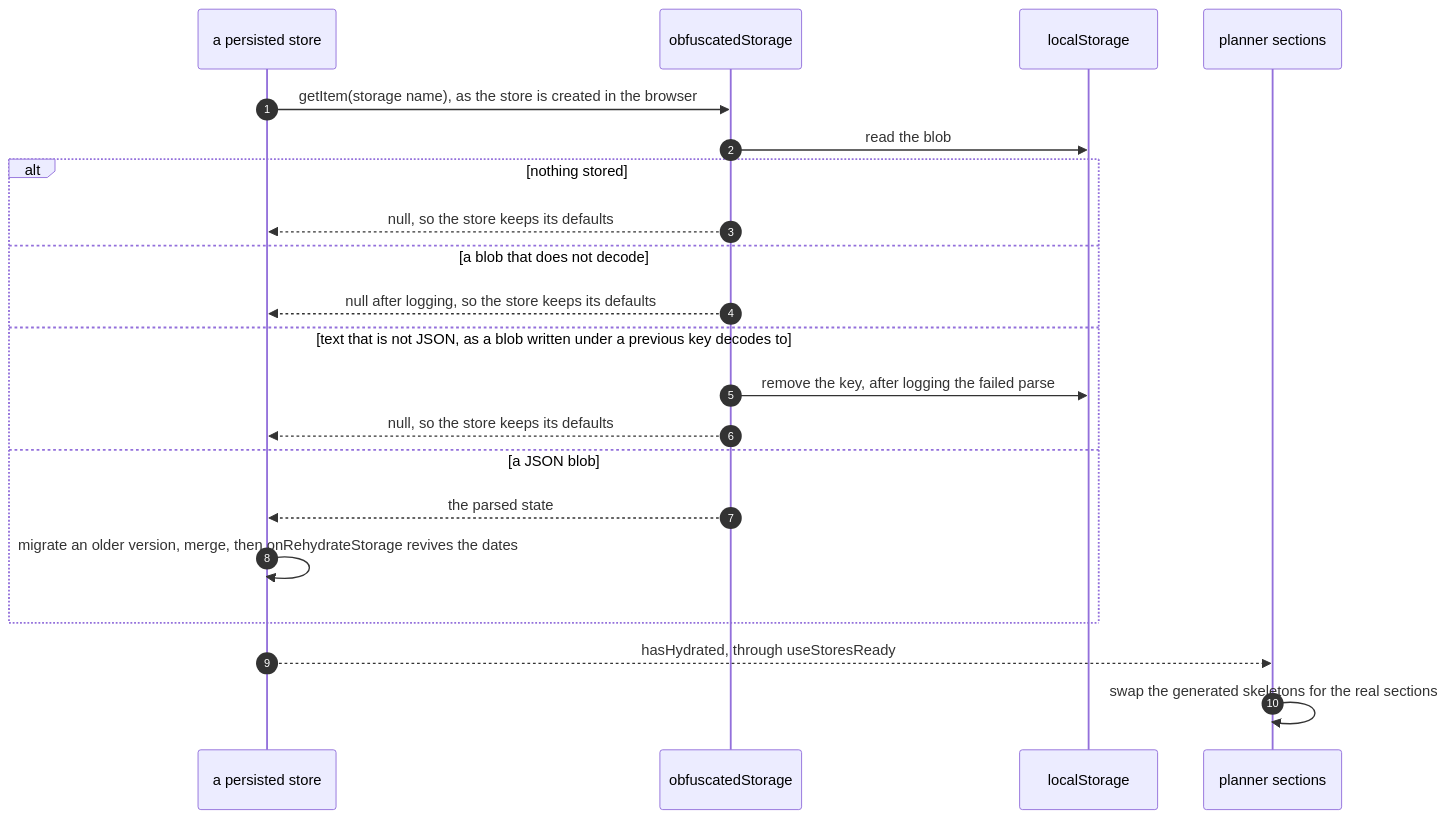
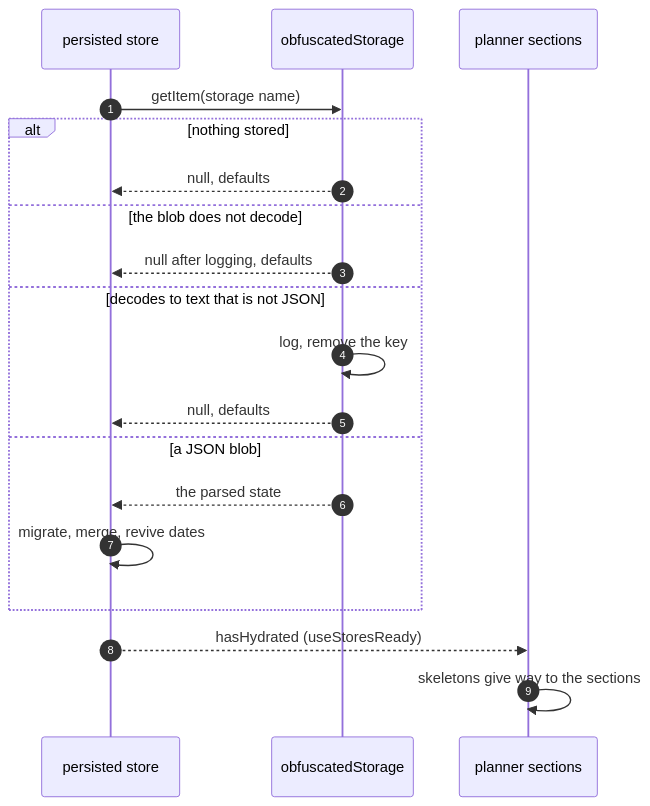
Before and after one commit to fbuireu/forever-pto: the second of 2 diagrams in apps/docs/src/content/docs/how-it-works/state-stores.mdx, drawn with Mermaid. The commit also changed other lines of this file and 16 other files, not shown here.

First line of the commit message:
docs(docs): fix how-it-works drift and rework the diagrams to read at column width

````diff
--- a/apps/docs/src/content/docs/how-it-works/state-stores.mdx
+++ b/apps/docs/src/content/docs/how-it-works/state-stores.mdx
@@ -48,28 +43,26 @@
 ```mermaid
 ---
 config:
   look: handDrawn
   layout: dagre
 ---
 sequenceDiagram
   autonumber
-  participant ST as a persisted store
+  participant ST as persisted store
   participant OS as obfuscatedStorage
-  participant LS as localStorage
   participant UI as planner sections
-  ST->>OS: getItem(storage name), as the store is created in the browser
-  OS->>LS: read the blob
+  ST->>OS: getItem(storage name)
   alt nothing stored
-    OS-->>ST: null, so the store keeps its defaults
-  else a blob that does not decode
-    OS-->>ST: null after logging, so the store keeps its defaults
-  else text that is not JSON, as a blob written under a previous key decodes to
-    OS->>LS: remove the key, after logging the failed parse
-    OS-->>ST: null, so the store keeps its defaults
+    OS-->>ST: null, defaults
+  else the blob does not decode
+    OS-->>ST: null after logging, defaults
+  else decodes to text that is not JSON
+    OS->>OS: log, remove the key
+    OS-->>ST: null, defaults
   else a JSON blob
     OS-->>ST: the parsed state
-    ST->>ST: migrate an older version, merge, then onRehydrateStorage revives the dates
+    ST->>ST: migrate, merge, revive dates
   end
-  ST-->>UI: hasHydrated, through useStoresReady
-  UI->>UI: swap the generated skeletons for the real sections
+  ST-->>UI: hasHydrated (useStoresReady)
+  UI->>UI: skeletons give way to the sections
 ```
````
